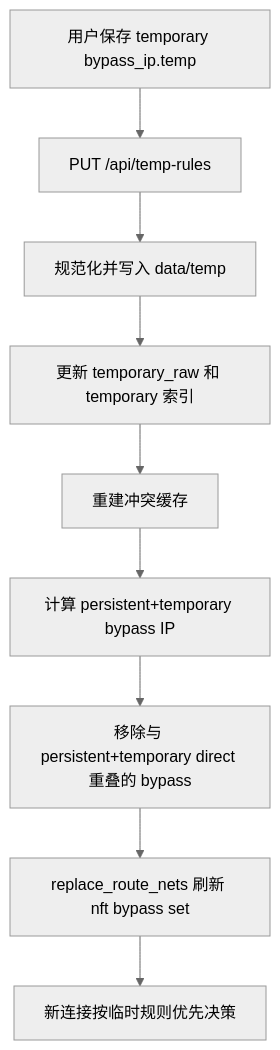
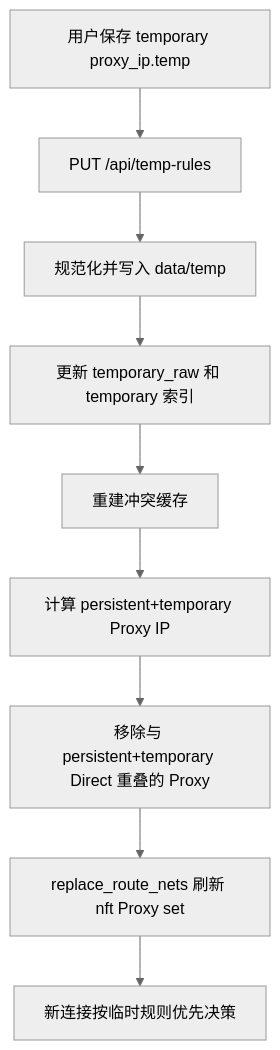
Before and after one commit to xiedeacc/shadowsocks-rust: diagram 14 of 14 in routing.md, drawn with Mermaid (neutral theme). The commit also changed other lines of this file and 3 other files, not shown here.

````diff
--- a/routing.md
+++ b/routing.md
@@ -911,11 +1139,11 @@
 ```mermaid
 flowchart TD
-    A[用户保存 temporary bypass_ip.temp] --> B[PUT /api/temp-rules]
+    A[用户保存 temporary proxy_ip.temp] --> B[PUT /api/temp-rules]
     B --> C[规范化并写入 data/temp]
     C --> D[更新 temporary_raw 和 temporary 索引]
     D --> E[重建冲突缓存]
-    E --> F[计算 persistent+temporary bypass IP]
-    F --> G[移除与 persistent+temporary direct 重叠的 bypass]
-    G --> H[replace_route_nets 刷新 nft bypass set]
+    E --> F[计算 persistent+temporary Proxy IP]
+    F --> G[移除与 persistent+temporary Direct 重叠的 Proxy]
+    G --> H[replace_route_nets 刷新 nft Proxy set]
     H --> I[新连接按临时规则优先决策]
 ```
````
